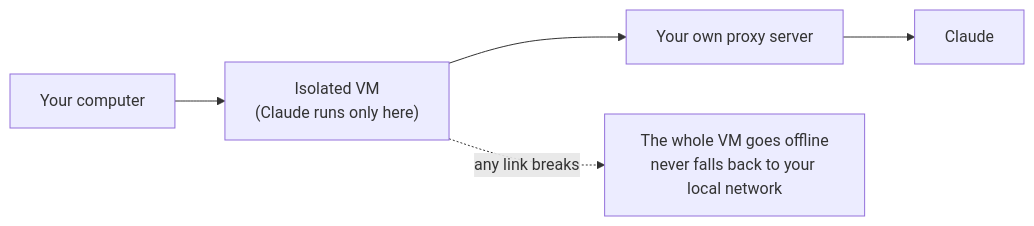
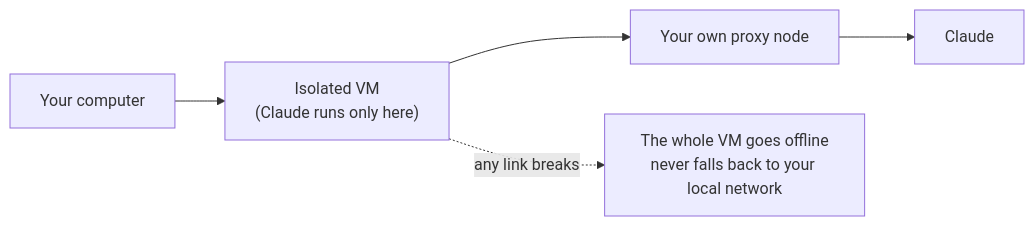
One commit to nana-fox/cchouse changed the diagram in README.en.md. Above: the diagram before and after it, drawn with Mermaid. The commit also changed other lines of this file and 1 other file, not shown here.

````diff
--- a/README.en.md
+++ b/README.en.md
@@ -30,7 +30,7 @@
 ```mermaid
 flowchart LR
     A["Your computer"] --> B["Isolated VM<br/>(Claude runs only here)"]
-    B --> C["Your own proxy server"]
+    B --> C["Your own proxy node"]
     C --> D["Claude"]
     B -. "any link breaks" .-> X["The whole VM goes offline<br/>never falls back to your local network"]
 ```
````
